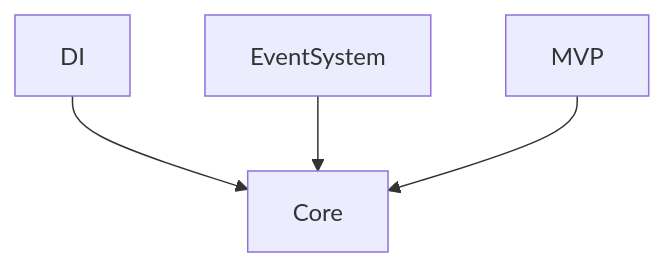
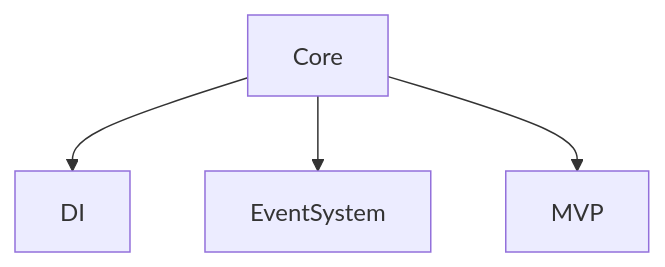
The diagram in README.md (pancake-llc/foundation), drawn with Mermaid before and after one commit.

Commit message:
-docs: update readme

````diff
--- a/README.md
+++ b/README.md
@@ -72,6 +72,6 @@
 ```mermaid
 graph TD;
-    DI-->Core;
-    EventSystem-->Core;
-    MVP-->Core;
+    Core-->DI;
+    Core-->EventSystem;
+    Core-->MVP;
 ```
````
